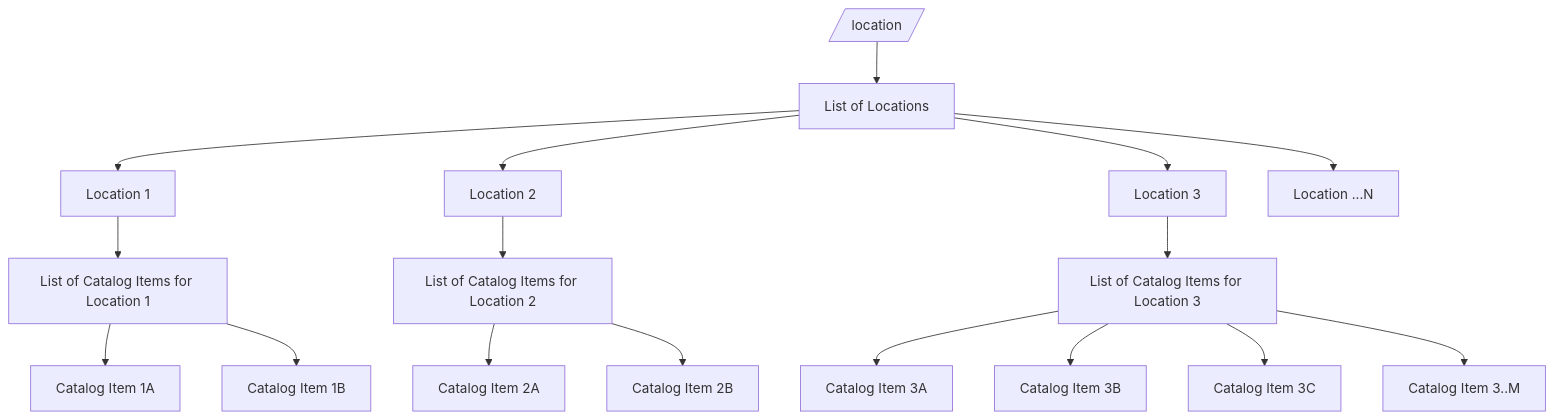
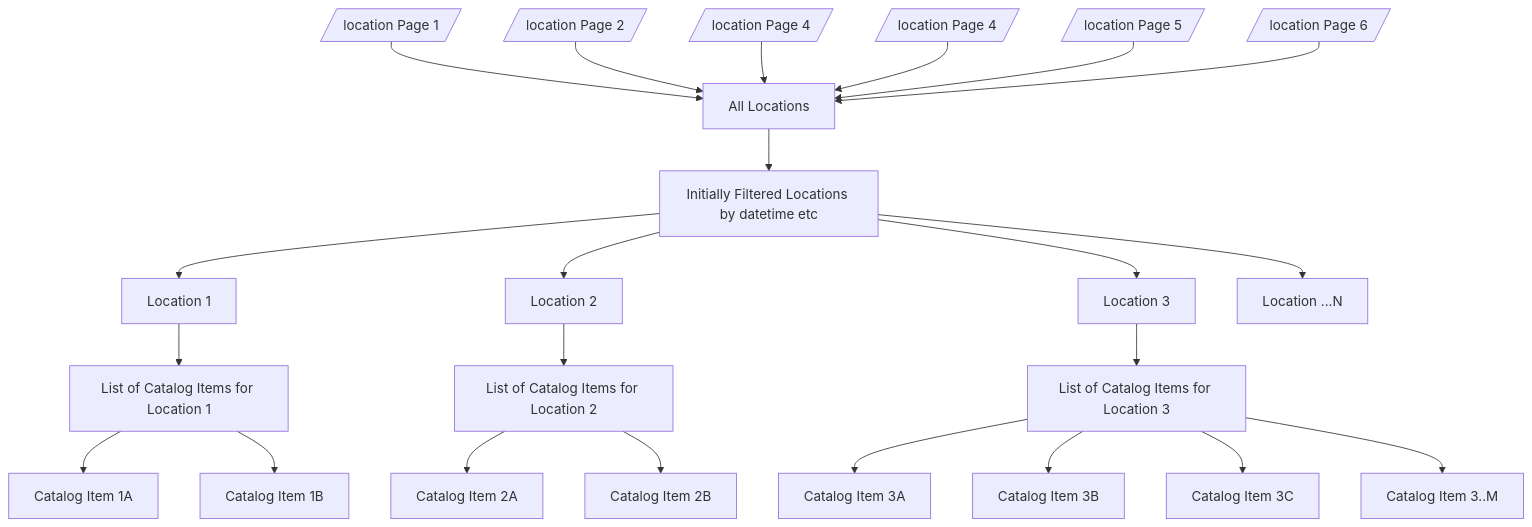
The diagram in notes/EDR_mappings.md (C-Loftus/pygeoapi), drawn with Mermaid before and after one commit. The commit also changed other lines of this file and 3 other files, not shown here.

````diff
--- a/notes/EDR_mappings.md
+++ b/notes/EDR_mappings.md
@@ -23,20 +30,30 @@
 ```mermaid
 graph TD;
-    A[/location/] --> B[List of Locations];
+    1[/location Page 1/] --> 8[All Locations];
+    2[/location Page 2/] --> 8[All Locations];
+    3[/location Page 4/] --> 8[All Locations];
+    4[/location Page 4/] --> 8[All Locations];
+    5[/location Page 5/] --> 8[All Locations];
+    6[/location Page 6/] --> 8[All Locations];
+
+    8 --> B[Initially Filtered Locations by datetime etc];
+
+
+
     B --> C[Location 1];
     B --> D[Location 2];
     B --> E[Location 3];
     B --> Z[Location ...N];
     C --> F[List of Catalog Items for Location 1];
     D --> G[List of Catalog Items for Location 2];
     E --> H[List of Catalog Items for Location 3];
     F --> I[Catalog Item 1A];
     F --> J[Catalog Item 1B];
     G --> K[Catalog Item 2A];
     G --> L[Catalog Item 2B];
     H --> M[Catalog Item 3A];
     H --> N[Catalog Item 3B];
     H --> O[Catalog Item 3C];
     H --> W[Catalog Item 3..M];
 
 ```
````
